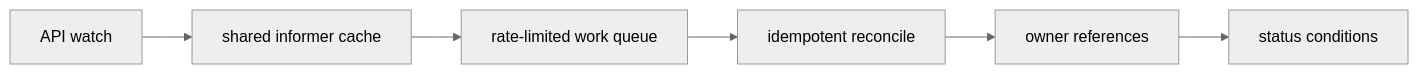
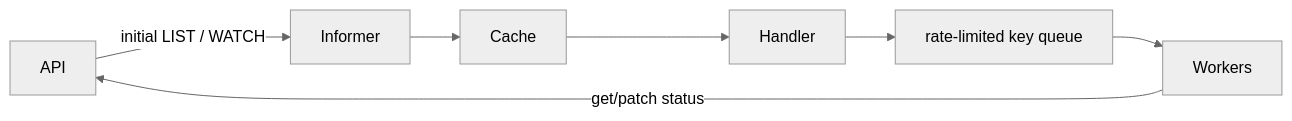
The diagram in docs/study/kubernetes/03-reconciliation-and-controllers.md (m1mohamad/devops-sre-prep), drawn with Mermaid (neutral theme) before and after one commit. The commit also changed other lines of this file and 106 other files, not shown here.

````diff
--- a/docs/study/kubernetes/03-reconciliation-and-controllers.md
+++ b/docs/study/kubernetes/03-reconciliation-and-controllers.md
@@ -15,4 +19,6 @@
 ```mermaid
 flowchart LR
-  N0[API watch] --> N1[shared informer cache] --> N2[rate-limited work queue] --> N3[idempotent reconcile] --> N4[owner references] --> N5[status conditions]
+  API -->|initial LIST / WATCH| Informer --> Cache
+  Cache --> Handler --> KeyQueue[rate-limited key queue]
+  KeyQueue --> Workers -->|get/patch status| API
 ```
````
